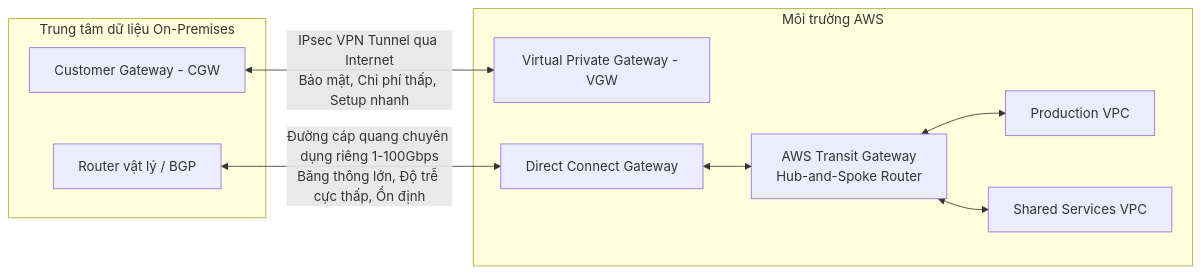
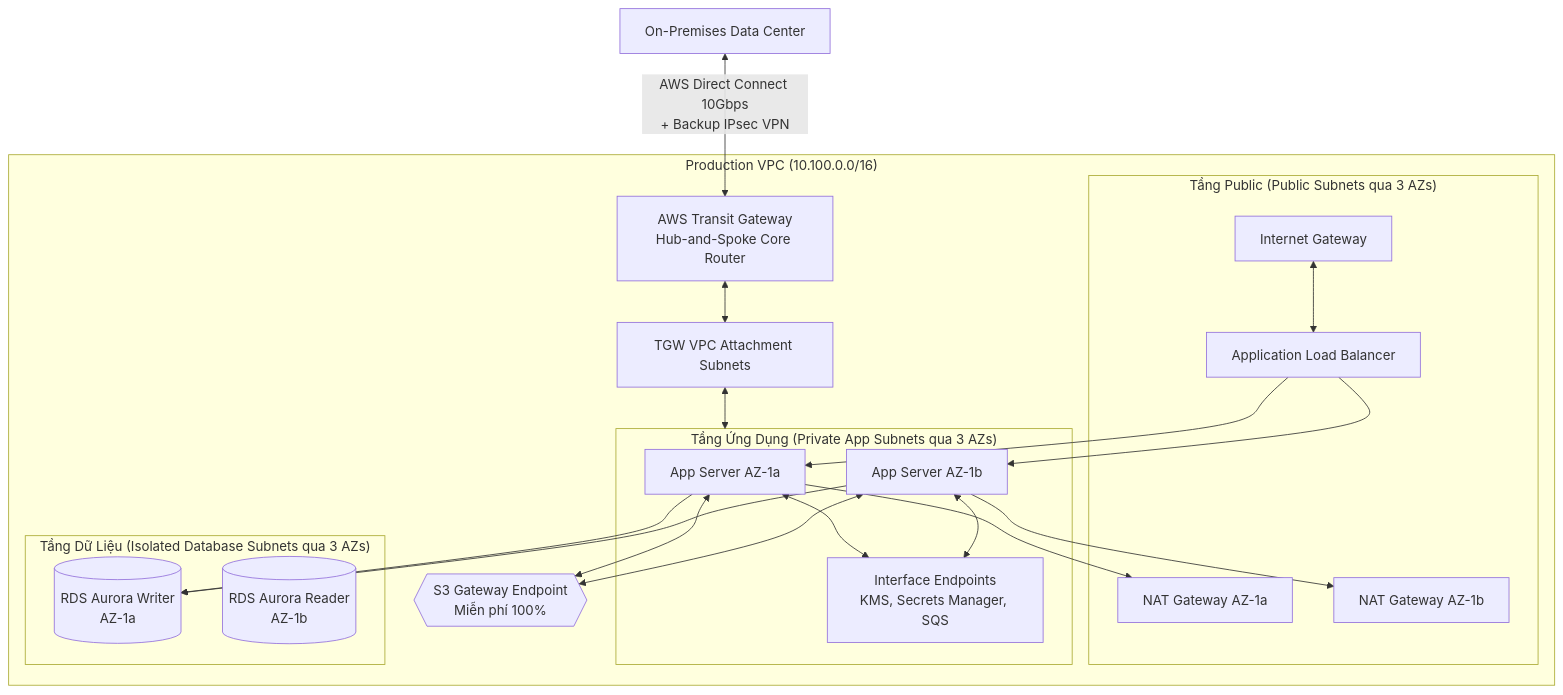
One commit to nhatphanhk/AWS_XBrain_Note changed the fourth of 4 diagrams in AWS_Services/VPC_Networking.md. Above: the diagram before and after it, drawn with Mermaid. The commit also changed other lines of this file and 15 other files, not shown here.

````diff
--- a/AWS_Services/VPC_Networking.md
+++ b/AWS_Services/VPC_Networking.md
@@ -92,22 +152,46 @@
 ```mermaid
-flowchart LR
-    subgraph CorporateDC["Trung tâm dữ liệu On-Premises"]
-        CustGW[Customer Gateway - CGW]
-        Router[Router vật lý / BGP]
+flowchart TD
+    DC[On-Premises Data Center] <-->|AWS Direct Connect 10Gbps\n+ Backup IPsec VPN| TGW[AWS Transit Gateway\nHub-and-Spoke Core Router]
+
+    subgraph ProductionVPC["Production VPC (10.100.0.0/16)"]
+        TGW <--> TGW_Attach[TGW VPC Attachment Subnets]
+
+        subgraph PublicTier["Tầng Public (Public Subnets qua 3 AZs)"]
+            IGW[Internet Gateway]
+            ALB[Application Load Balancer]
+            NAT_A[NAT Gateway AZ-1a]
+            NAT_B[NAT Gateway AZ-1b]
+        end
+
+        subgraph AppTier["Tầng Ứng Dụng (Private App Subnets qua 3 AZs)"]
+            EC2_App1[App Server AZ-1a]
+            EC2_App2[App Server AZ-1b]
+            VPC_Endpoints[Interface Endpoints\nKMS, Secrets Manager, SQS]
+        end
+
+        subgraph DataTier["Tầng Dữ Liệu (Isolated Database Subnets qua 3 AZs)"]
+            RDS_Primary[(RDS Aurora Writer\nAZ-1a)]
+            RDS_Standby[(RDS Aurora Reader\nAZ-1b)]
+        end
+        
+        S3_Gateway{{S3 Gateway Endpoint\nMiễn phí 100%}}
     end
 
-    subgraph AWSCloud["Môi trường AWS"]
-        VGW[Virtual Private Gateway - VGW]
-        TGW[AWS Transit Gateway\nHub-and-Spoke Router]
-        DXGW[Direct Connect Gateway]
-        VPC1[Production VPC]
-        VPC2[Shared Services VPC]
-    end
+    IGW <--> ALB
+    ALB --> EC2_App1
+    ALB --> EC2_App2
 
-    CustGW <-->|IPsec VPN Tunnel qua Internet\nBảo mật, Chi phí thấp, Setup nhanh| VGW
-    Router <-->|Đường cáp quang chuyên dụng riêng 1-100Gbps\nBăng thông lớn, Độ trễ cực thấp, Ổn định| DXGW
-    
-    DXGW <--> TGW
-    TGW <--> VPC1
-    TGW <--> VPC2
+    EC2_App1 --> NAT_A
+    EC2_App2 --> NAT_B
+
+    EC2_App1 --> RDS_Primary
+    EC2_App2 --> RDS_Primary
+
+    EC2_App1 <--> S3_Gateway
+    EC2_App2 <--> S3_Gateway
+
+    EC2_App1 <--> VPC_Endpoints
+    EC2_App2 <--> VPC_Endpoints
+
+    TGW_Attach <--> AppTier
 ```
````
